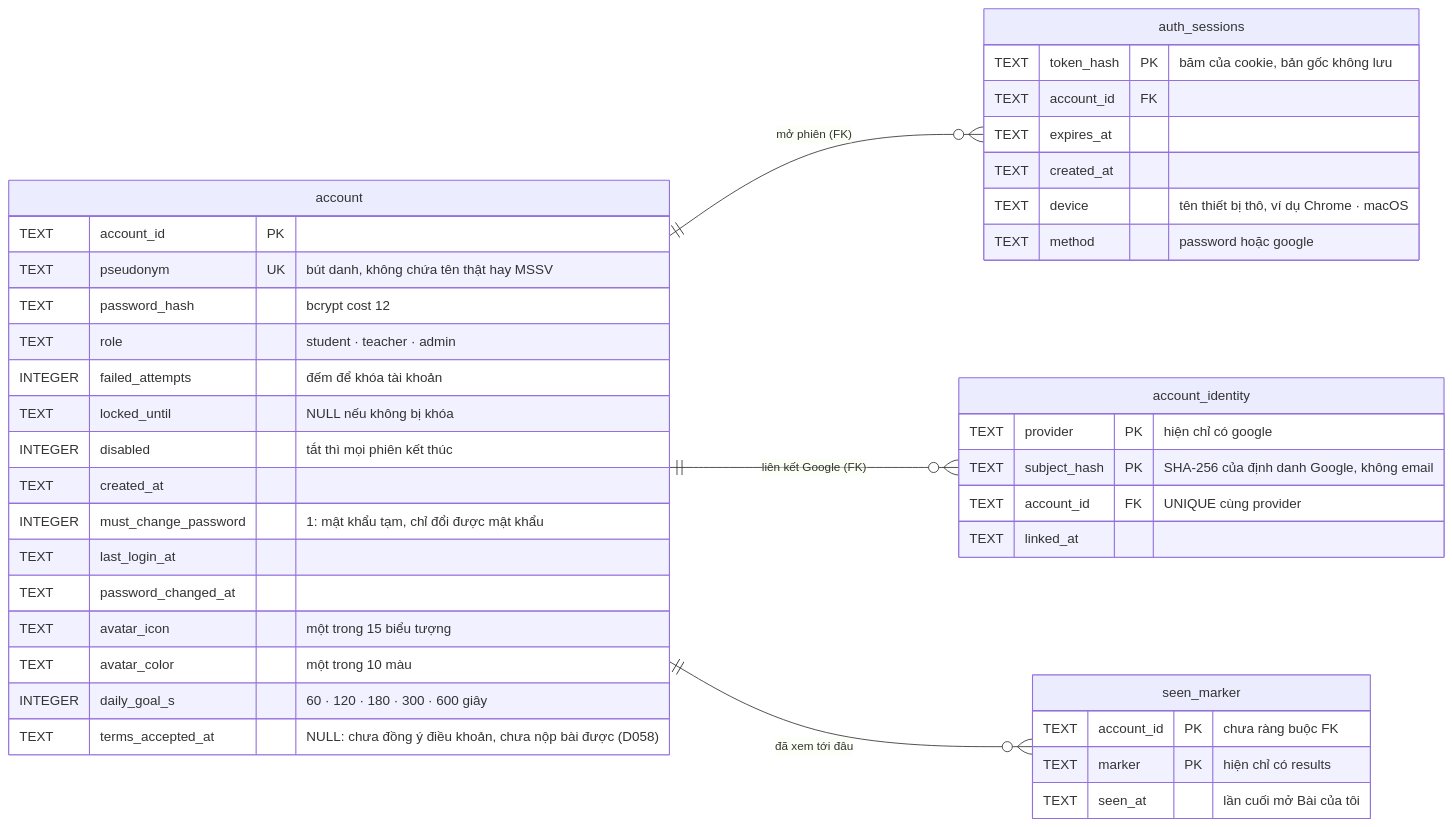
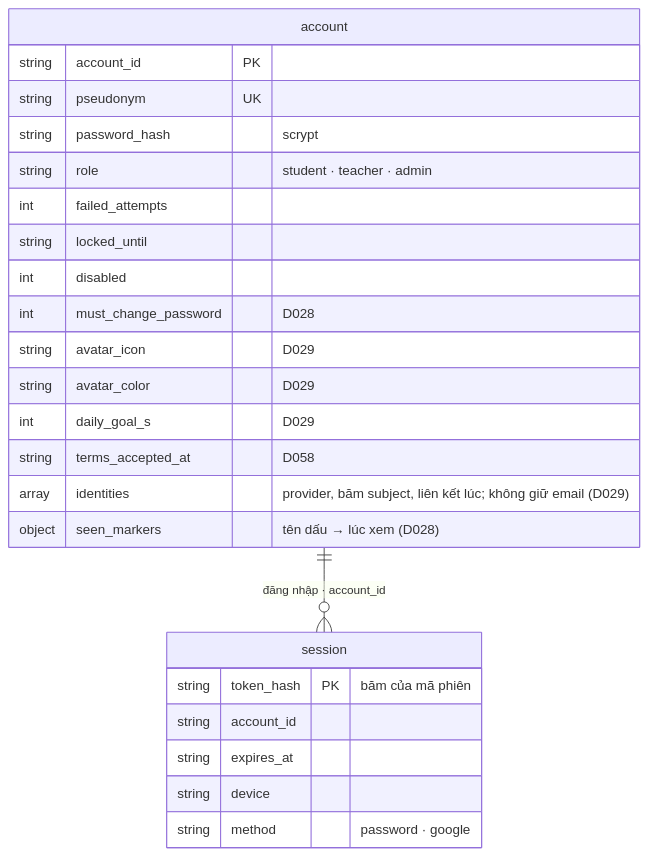
One commit to ThanhSangLouis/ai-assessor-cefr changed the seventh of 12 diagrams in docs/sdd/SDD.md. Above: the diagram before and after it, drawn with Mermaid. The commit also changed other lines of this file and 14 other files, not shown here.

First line of the commit message:
docs(D060): từ điển dữ liệu, ERD và snapshot theo 19 collection

````diff
--- a/docs/sdd/SDD.md
+++ b/docs/sdd/SDD.md
@@ -1077,59 +1060,32 @@
 ```mermaid
-%% SDD - Diagram 5c: ERD - dinh danh, dong thuan va trang thai theo tai khoan
-%% Phan con lai cua lang dang chay; phan cham diem o hinh 5, cham mu o hinh 5d.
-%% Kieu ghi dung kieu SQLite that: TEXT / INTEGER / REAL.
-%% Ve ngang (direction LR) vi account co bon bang con: ve doc thi bon bang con
-%% nam tren mot hang, ty le vuot 2,0 va in A4 thi chu mat. rankSpacing gian
-%% khoang giua hai cot de nhan cua quan he khong de len chan qua.
-%% Cot them o D028 (must_change_password, last_login_at, password_changed_at)
-%% va D029 (avatar_icon, avatar_color, daily_goal_s; device, method cua
-%% auth_sessions) do _upgrade_schema them bang ALTER TABLE, khong nam trong
-%% cau lenh CREATE TABLE.
-%%{init: {"er": {"rankSpacing": 220}}}%%
+%% SDD - Diagram 5c: ERD - dinh danh (MongoDB, database core, D060)
+%% Lien ket Google va dau "da xem" nam trong document cua tai khoan; phien dang
+%% nhap la collection rieng vi can chi muc TTL tu xoa phien het han.
 erDiagram
-    direction LR
-    account ||--o{ auth_sessions : "mở phiên (FK)"
-    account ||--o{ account_identity : "liên kết Google (FK)"
-    account ||--o{ seen_marker : "đã xem tới đâu"
+    account ||--o{ session : "đăng nhập · account_id"
 
     account {
-        TEXT account_id PK
-        TEXT pseudonym UK "bút danh, không chứa tên thật hay MSSV"
-        TEXT password_hash "bcrypt cost 12"
-        TEXT role "student · teacher · admin"
-        INTEGER failed_attempts "đếm để khóa tài khoản"
-        TEXT locked_until "NULL nếu không bị khóa"
-        INTEGER disabled "tắt thì mọi phiên kết thúc"
-        TEXT created_at
-        INTEGER must_change_password "1: mật khẩu tạm, chỉ đổi được mật khẩu"
-        TEXT last_login_at
-        TEXT password_changed_at
-        TEXT avatar_icon "một trong 15 biểu tượng"
-        TEXT avatar_color "một trong 10 màu"
-        INTEGER daily_goal_s "60 · 120 · 180 · 300 · 600 giây"
-        TEXT terms_accepted_at "NULL: chưa đồng ý điều khoản, chưa nộp bài được (D058)"
+        string account_id PK
+        string pseudonym UK
+        string password_hash "scrypt"
+        string role "student · teacher · admin"
+        int failed_attempts
+        string locked_until
+        int disabled
+        int must_change_password "D028"
+        string avatar_icon "D029"
+        string avatar_color "D029"
+        int daily_goal_s "D029"
+        string terms_accepted_at "D058"
+        array identities "provider, băm subject, liên kết lúc; không giữ email (D029)"
+        object seen_markers "tên dấu → lúc xem (D028)"
     }
 
-    auth_sessions {
-        TEXT token_hash PK "băm của cookie, bản gốc không lưu"
-        TEXT account_id FK
-        TEXT expires_at
-        TEXT created_at
-        TEXT device "tên thiết bị thô, ví dụ Chrome · macOS"
-        TEXT method "password hoặc google"
-    }
-
-    account_identity {
-        TEXT provider PK "hiện chỉ có google"
-        TEXT subject_hash PK "SHA-256 của định danh Google, không email"
-        TEXT account_id FK "UNIQUE cùng provider"
-        TEXT linked_at
-    }
-
-
-    seen_marker {
-        TEXT account_id PK "chưa ràng buộc FK"
-        TEXT marker PK "hiện chỉ có results"
-        TEXT seen_at "lần cuối mở Bài của tôi"
+    session {
+        string token_hash PK "băm của mã phiên"
+        string account_id
+        string expires_at
+        string device
+        string method "password · google"
     }
 ```
````
